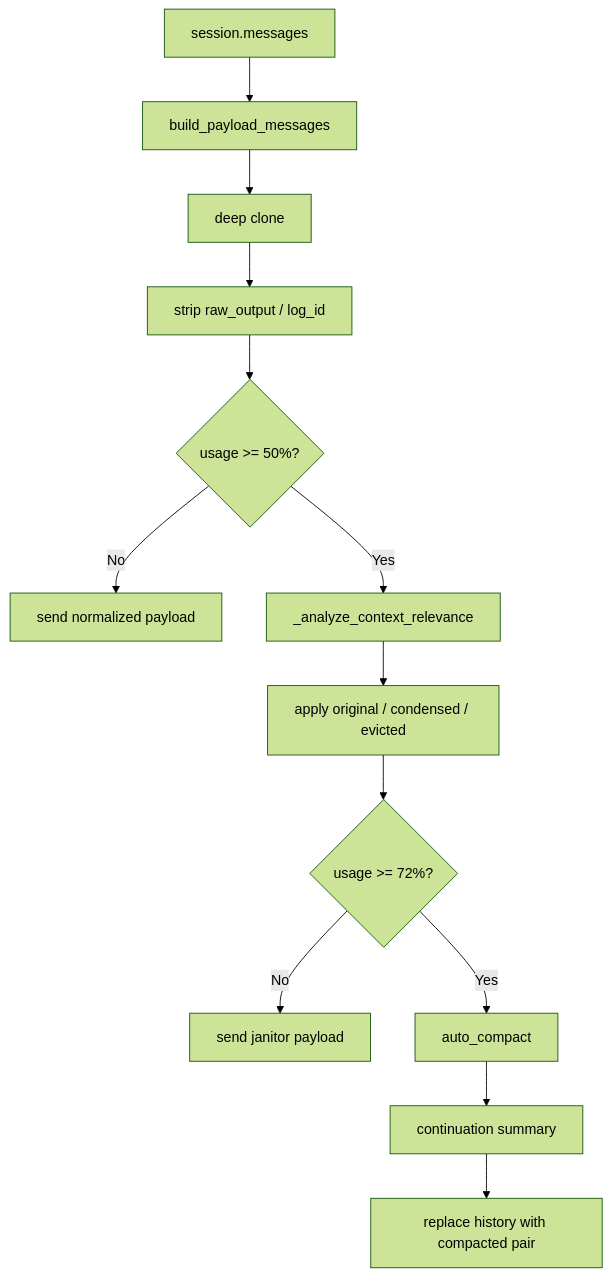
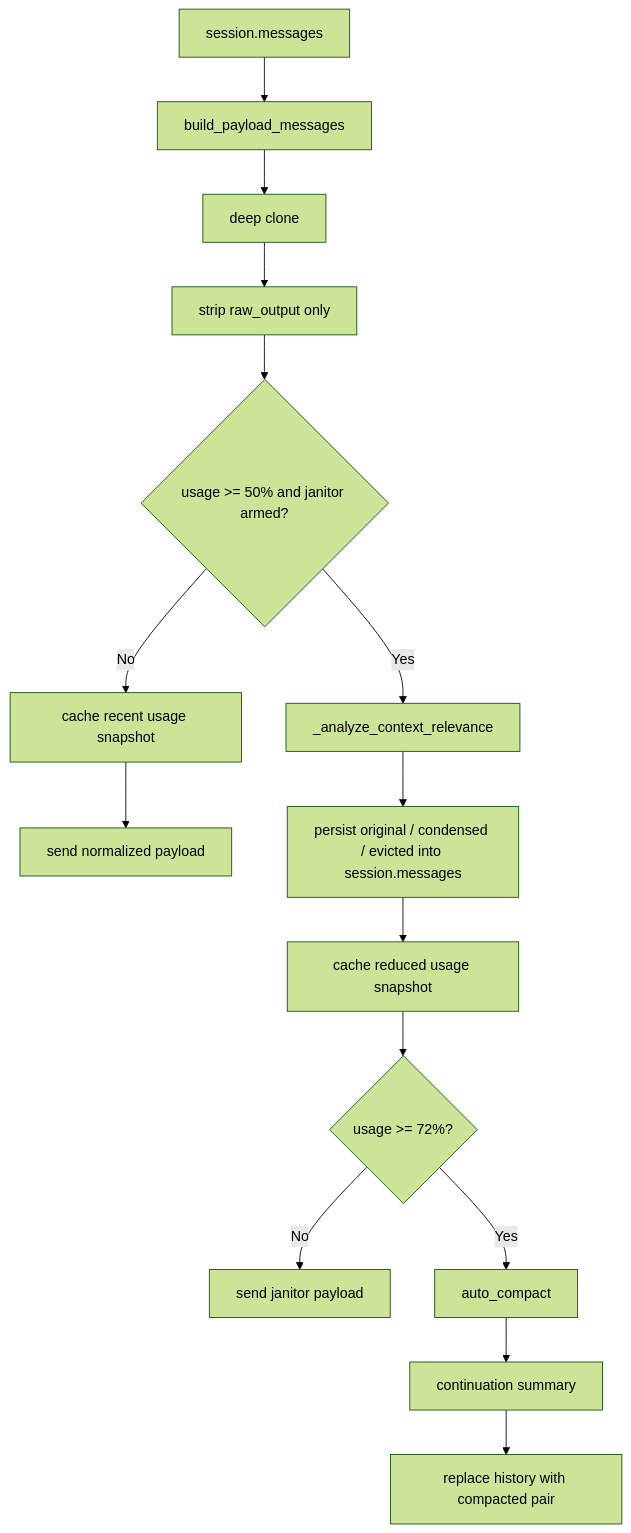
The diagram in Docs/Core/06-上下文治理与压缩.md (keiqkeqi321/somnia), drawn with Mermaid (forest theme) before and after one commit. The commit also changed other lines of this file and 6 other files, not shown here.

````diff
--- a/Docs/Core/06-上下文治理与压缩.md
+++ b/Docs/Core/06-上下文治理与压缩.md
@@ -15,15 +15,17 @@
 ```mermaid
 flowchart TD
     A[session.messages] --> B[build_payload_messages]
     B --> C[deep clone]
-    C --> D[strip raw_output / log_id]
-    D --> E{usage >= 50%?}
-    E -- No --> F[send normalized payload]
-    E -- Yes --> G[_analyze_context_relevance]
-    G --> H[apply original / condensed / evicted]
-    H --> I{usage >= 72%?}
-    I -- No --> J[send janitor payload]
-    I -- Yes --> K[auto_compact]
-    K --> L[continuation summary]
-    L --> M[replace history with compacted pair]
+    C --> D[strip raw_output only]
+    D --> E{usage >= 50% and janitor armed?}
+    E -- No --> F[cache recent usage snapshot]
+    F --> G[send normalized payload]
+    E -- Yes --> H[_analyze_context_relevance]
+    H --> I[persist original / condensed / evicted into session.messages]
+    I --> J[cache reduced usage snapshot]
+    J --> K{usage >= 72%?}
+    K -- No --> L[send janitor payload]
+    K -- Yes --> M[auto_compact]
+    M --> N[continuation summary]
+    N --> O[replace history with compacted pair]
 ```
````
